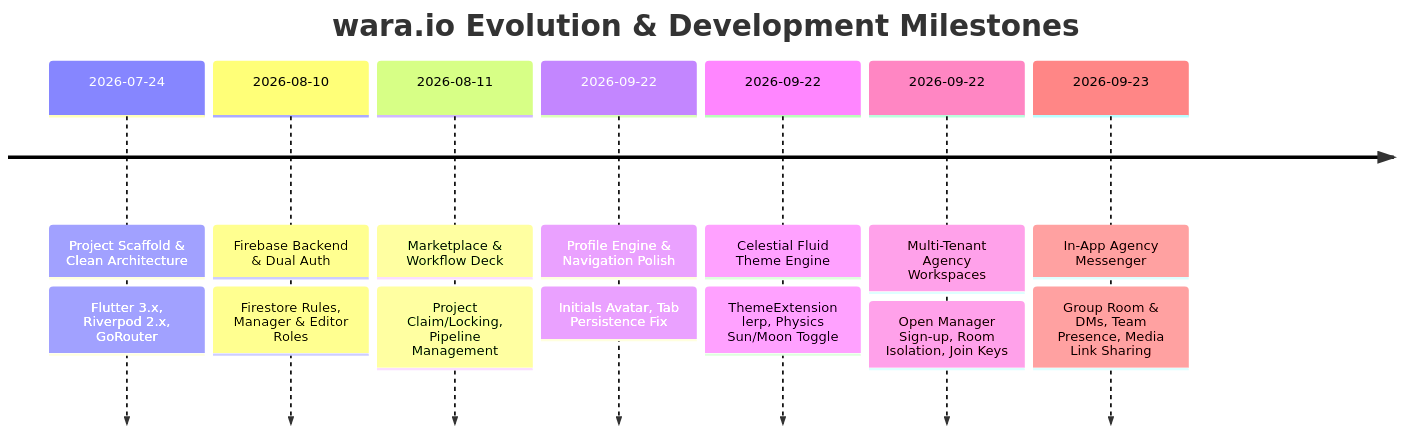
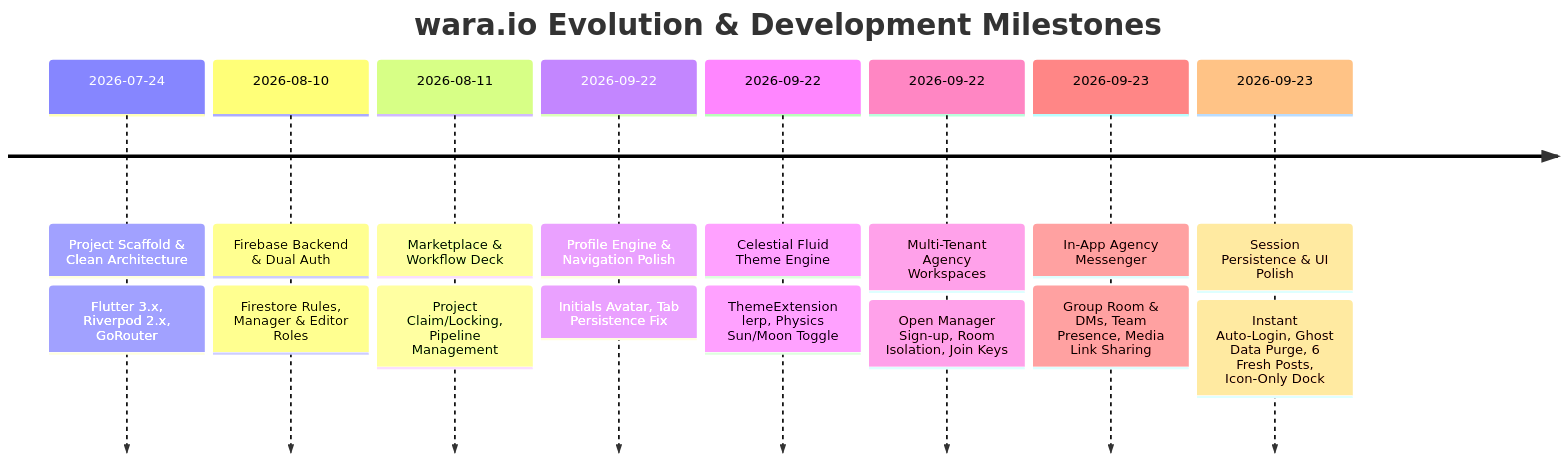
The diagram in PROGRESS.md (IshraqRafi/WARA-Mobile-App), drawn with Mermaid before and after one commit. The commit also changed other lines of this file and 7 other files, not shown here.

Commit message:
feat: persistent auto-login, ghost data purge, fresh 6 marketplace posts, and icon-only nav dock

````diff
--- a/PROGRESS.md
+++ b/PROGRESS.md
@@ -9,11 +9,12 @@
 ```mermaid
 timeline
     title wara.io Evolution & Development Milestones
     2026-07-24 : Project Scaffold & Clean Architecture : Flutter 3.x, Riverpod 2.x, GoRouter
     2026-08-10 : Firebase Backend & Dual Auth : Firestore Rules, Manager & Editor Roles
     2026-08-11 : Marketplace & Workflow Deck : Project Claim/Locking, Pipeline Management
     2026-09-22 : Profile Engine & Navigation Polish : Initials Avatar, Tab Persistence Fix
     2026-09-22 : Celestial Fluid Theme Engine : ThemeExtension lerp, Physics Sun/Moon Toggle
     2026-09-22 : Multi-Tenant Agency Workspaces : Open Manager Sign-up, Room Isolation, Join Keys
     2026-09-23 : In-App Agency Messenger : Group Room & DMs, Team Presence, Media Link Sharing
+    2026-09-23 : Session Persistence & UI Polish : Instant Auto-Login, Ghost Data Purge, 6 Fresh Posts, Icon-Only Dock
 ```
````
